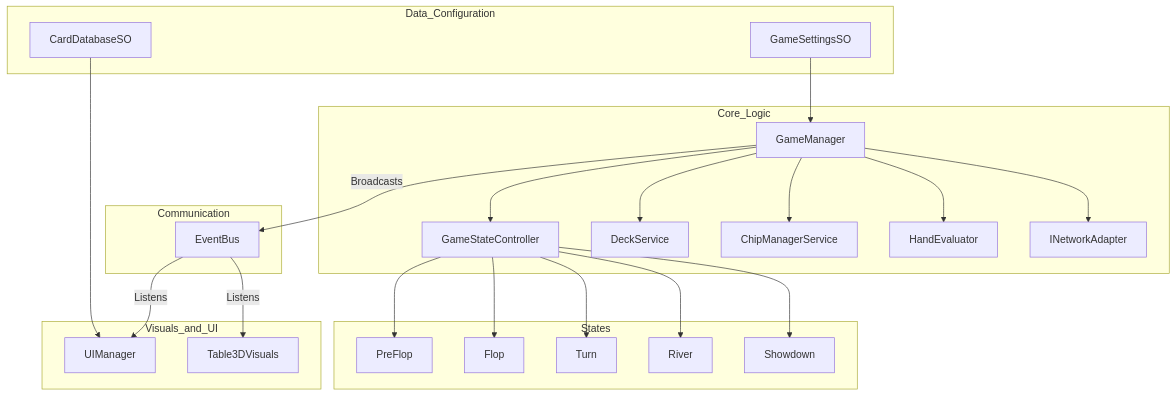
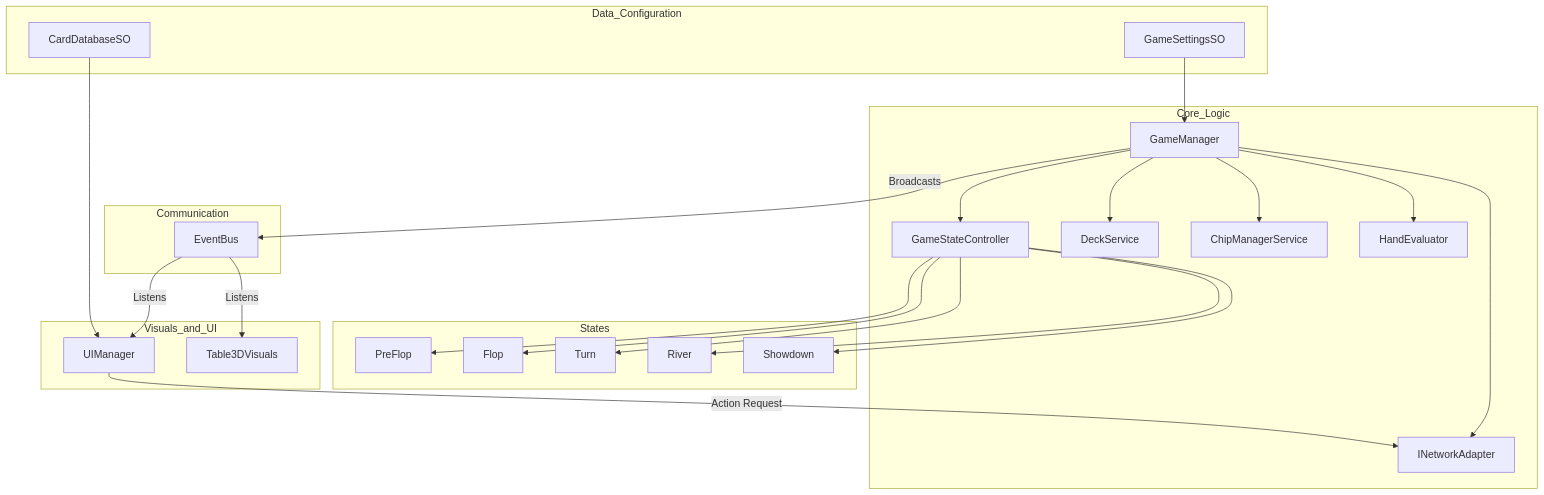
The diagram in 3D poker Unity/Architecture_Diagram.md (aashu1208/3D_Poker), drawn with Mermaid before and after one commit. The commit also changed 9 other files, not shown here.

Commit message:
Architecture and readme file updated

````diff
--- a/3D poker Unity/Architecture_Diagram.md
+++ b/3D poker Unity/Architecture_Diagram.md
@@ -3,32 +3,33 @@
 ```mermaid
 graph TD
     subgraph Core_Logic
         GM[GameManager] --> SMC[GameStateController]
         GM --> Deck[DeckService]
         GM --> Chips[ChipManagerService]
         GM --> Eval[HandEvaluator]
         GM --> NA[INetworkAdapter]
     end
 
     subgraph States
         SMC --> S1[PreFlop]
         SMC --> S2[Flop]
         SMC --> S3[Turn]
         SMC --> S4[River]
         SMC --> S5[Showdown]
     end
 
     subgraph Communication
         GM -- Broadcasts --> EB[EventBus]
     end
 
     subgraph Visuals_and_UI
         EB -- Listens --> UI[UIManager]
         EB -- Listens --> TV[Table3DVisuals]
+        UI -- "Action Request" --> NA
     end
 
     subgraph Data_Configuration
         SO1[GameSettingsSO] --> GM
         SO2[CardDatabaseSO] --> UI
     end
 ```
````
